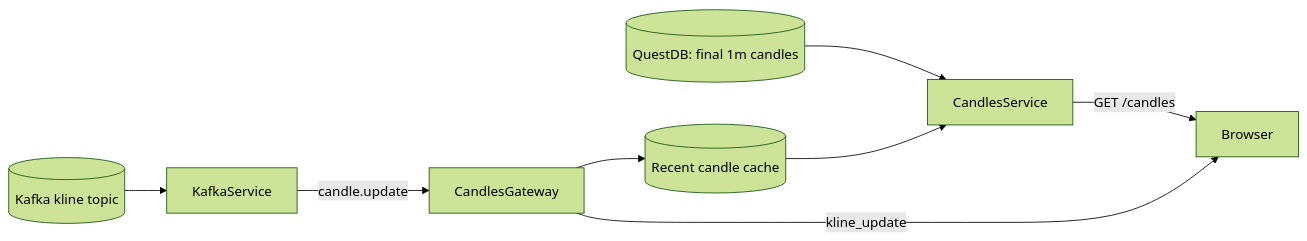
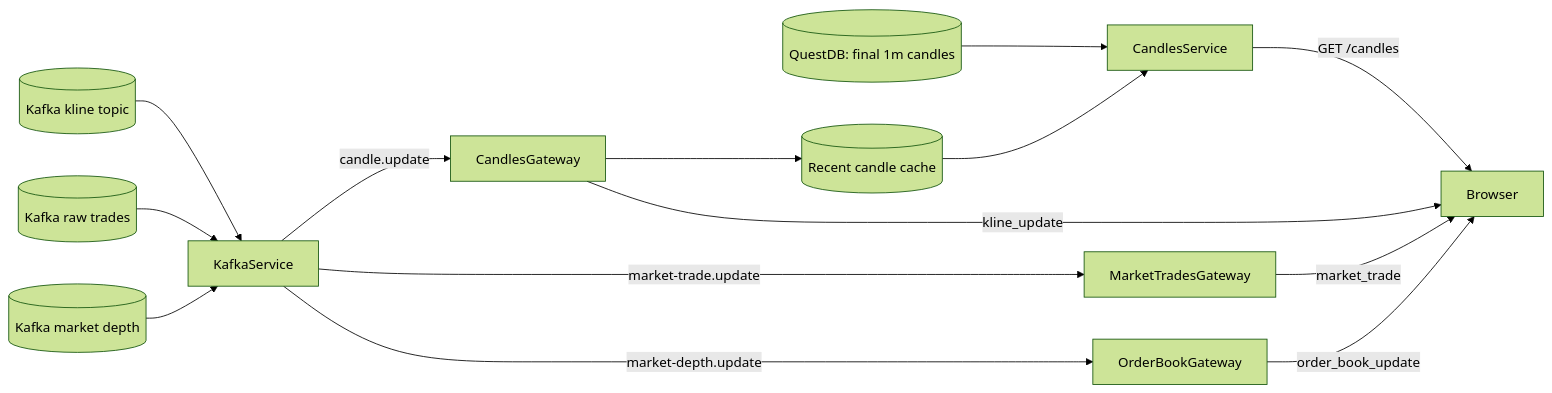
Before and after one commit to Zane-Theodore/NexTick: the diagram in backend/README.md, drawn with Mermaid (forest theme). The commit also changed other lines of this file and 3 other files, not shown here.

Commit message:
feat: enhance documentation to include market depth handling and clarify component responsibilities

````diff
--- a/backend/README.md
+++ b/backend/README.md
@@ -21,10 +21,16 @@
 ```mermaid
 flowchart LR
   QuestDB[("QuestDB: final 1m candles")] --> CandlesService
   Kline[("Kafka kline topic")] --> KafkaService
+  Trades[("Kafka raw trades")] --> KafkaService
+  Depth[("Kafka market depth")] --> KafkaService
   KafkaService -->|"candle.update"| Gateway["CandlesGateway"]
+  KafkaService -->|"market-trade.update"| TradeGateway["MarketTradesGateway"]
+  KafkaService -->|"market-depth.update"| OrderBookGateway["OrderBookGateway"]
   Gateway --> Cache[("Recent candle cache")]
   Cache --> CandlesService
   CandlesService -->|"GET /candles"| Browser
   Gateway -->|"kline_update"| Browser
+  TradeGateway -->|"market_trade"| Browser
+  OrderBookGateway -->|"order_book_update"| Browser
 ```
````
